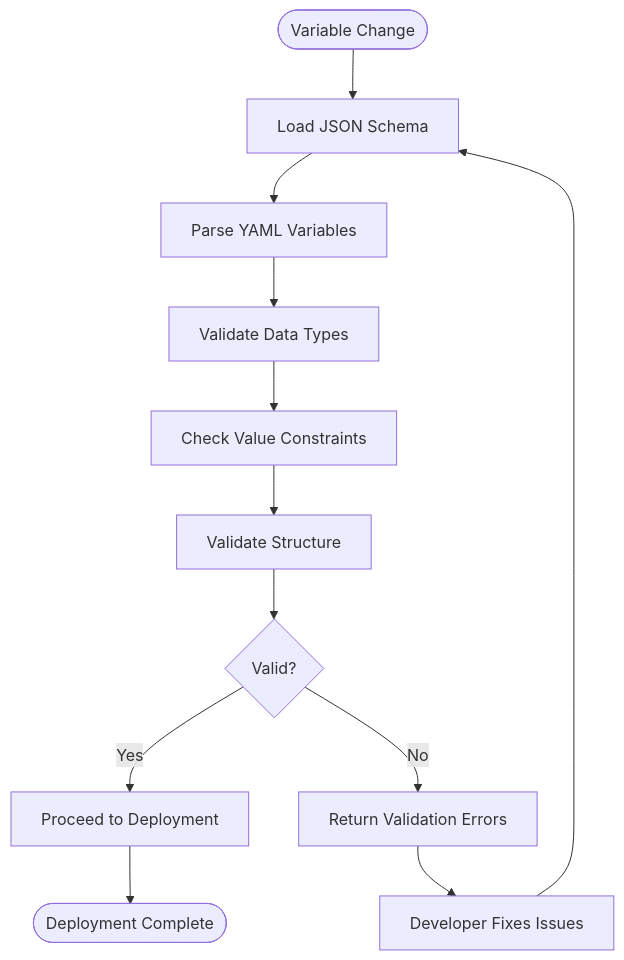
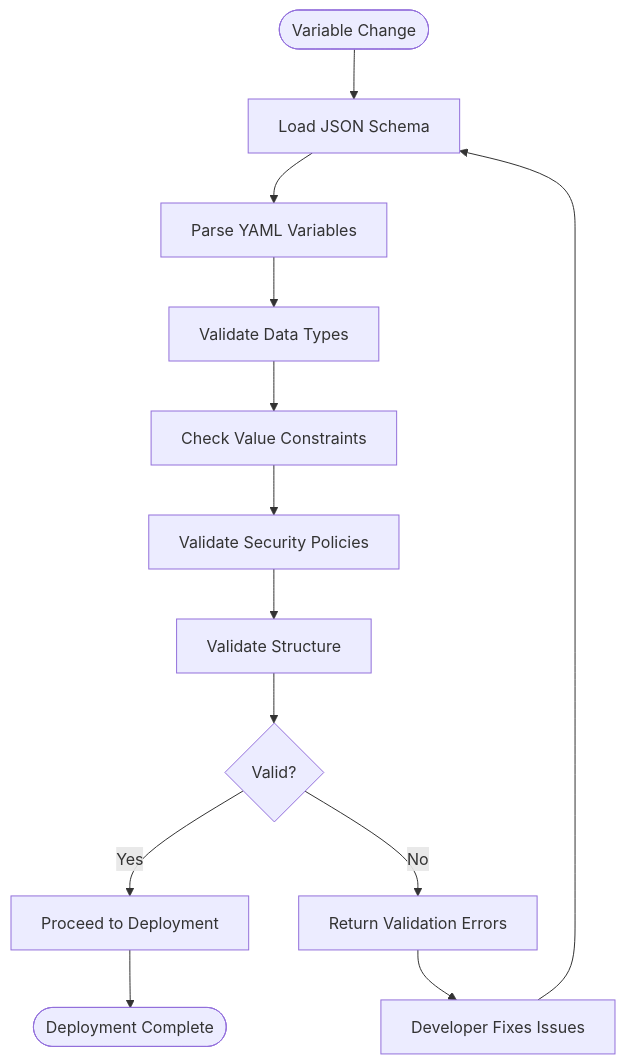
One commit to shakthi-vinayak/network-automation changed the third of 6 diagrams in .qoder/repowiki/en/content/Core Components/Configuration Management/Variable Management System.md. Above: the diagram before and after it, drawn with Mermaid. The commit also changed other lines of this file and 144 other files, not shown here.

````diff
--- a/.qoder/repowiki/en/content/Core Components/Configuration Management/Variable Management System.md
+++ b/.qoder/repowiki/en/content/Core Components/Configuration Management/Variable Management System.md
@@ -247,14 +340,15 @@
 ```mermaid
 flowchart TD
 Start([Variable Change]) --> LoadSchema["Load JSON Schema"]
 LoadSchema --> ParseVars["Parse YAML Variables"]
 ParseVars --> ValidateType["Validate Data Types"]
 ValidateType --> CheckConstraints["Check Value Constraints"]
-CheckConstraints --> ValidateStructure["Validate Structure"]
+CheckConstraints --> ValidateSecurity["Validate Security Policies"]
+ValidateSecurity --> ValidateStructure["Validate Structure"]
 ValidateStructure --> ValidationResult{"Valid?"}
 ValidationResult --> |Yes| Proceed["Proceed to Deployment"]
 ValidationResult --> |No| Error["Return Validation Errors"]
 Error --> Fix["Developer Fixes Issues"]
 Fix --> LoadSchema
 Proceed --> End([Deployment Complete])
 ```
````
